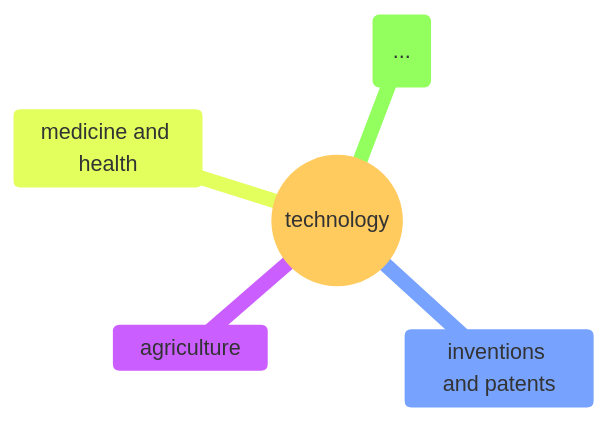
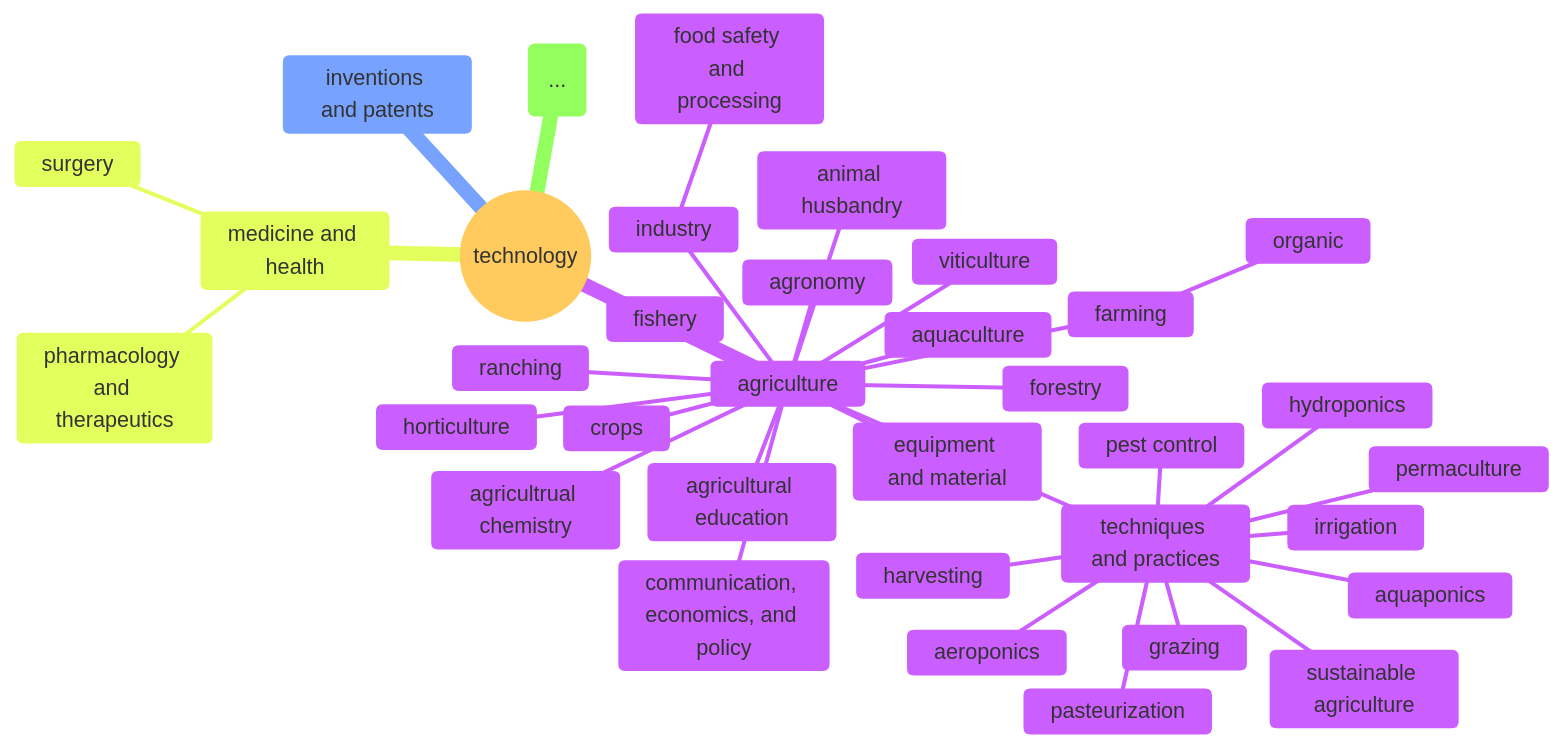
The ninth of 9 diagrams in docs/full_taxonomy.md (nimbinatus/taxonomy), drawn with Mermaid before and after one commit. The commit also changed other lines of this file, not shown here.

````diff
--- a/docs/full_taxonomy.md
+++ b/docs/full_taxonomy.md
@@ -405,16 +553,46 @@
 ```mermaid
 ---
 title: Technology
 config:
     fontSize: 8
     theme: base
     mindmap:
         maxNodeWidth: 100
 ---
 mindmap
     root((technology))
         agriculture
+            agricultrual chemistry
+            agricultural education
+            agronomy
+            aquaculture
+            animal husbandry
+            communication, economics, and policy
+            crops
+            equipment and material
+            farming
+                organic
+            fishery
+            forestry
+            horticulture
+            industry
+                food safety and processing
+            ranching
+            techniques and practices
+                aeroponics
+                aquaponics
+                grazing
+                harvesting
+                hydroponics
+                irrigation
+                pasteurization
+                permaculture
+                pest control
+                sustainable agriculture
+            viticulture
         inventions and patents
         medicine and health
+            pharmacology and therapeutics
+            surgery
         id(...)
 ```
````
